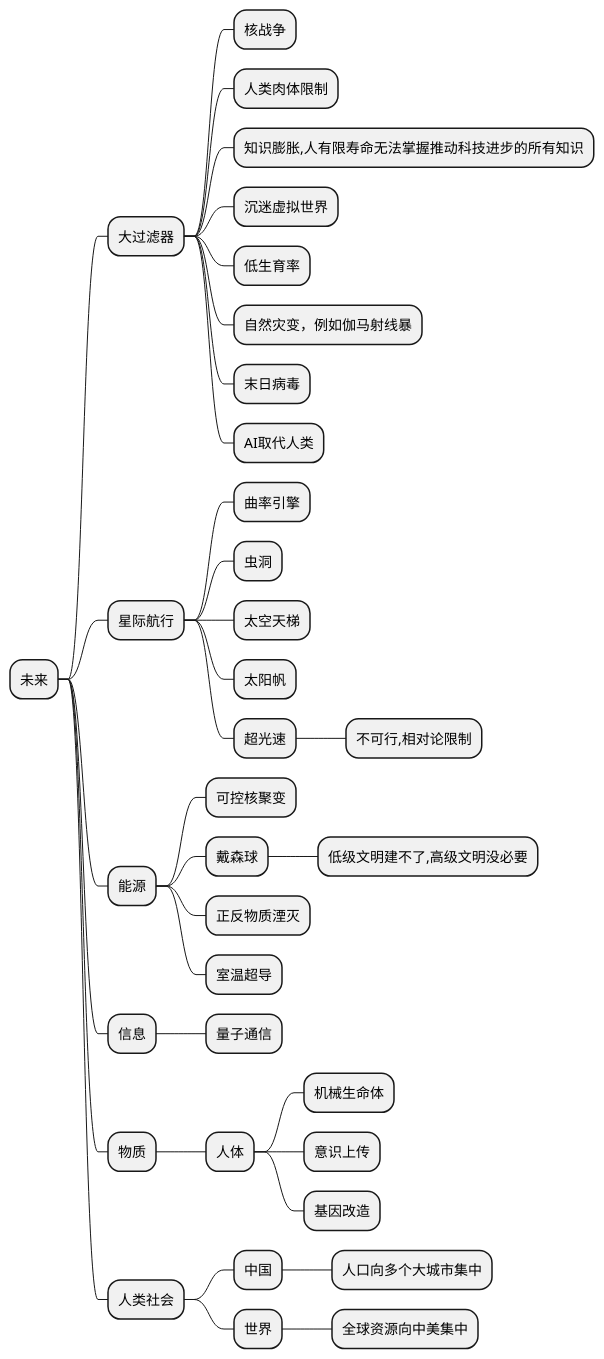
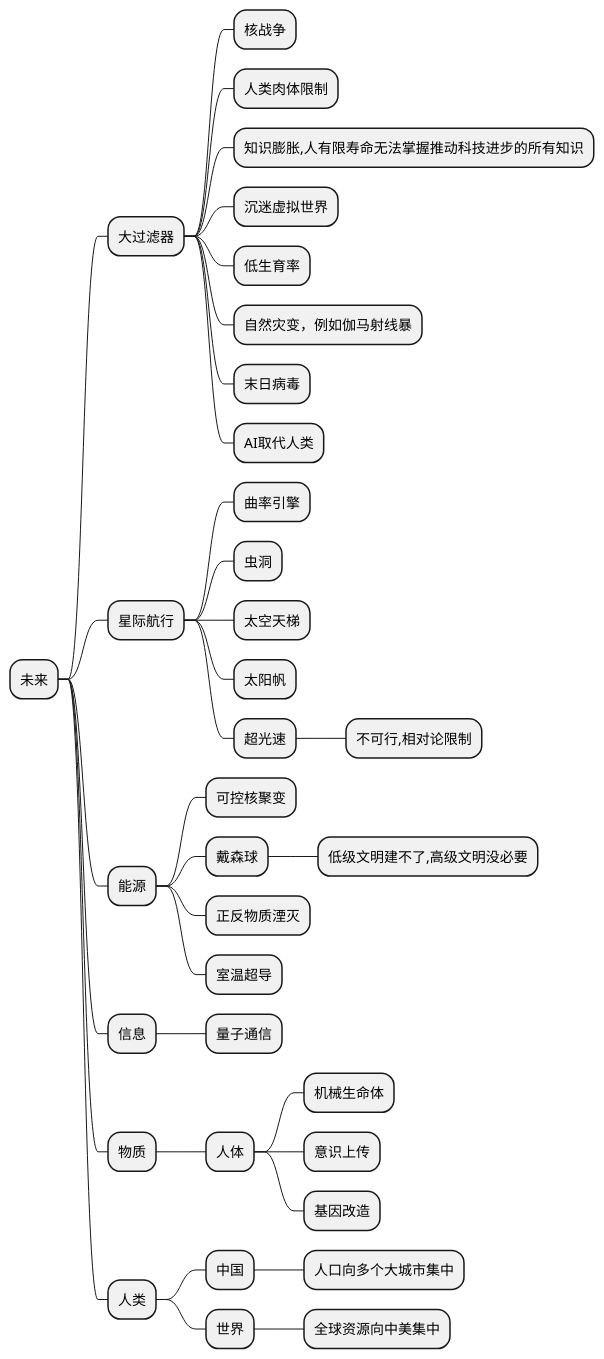
The diagram in 未来.plantuml (Huang2070/alpha-centauri-c), drawn with PlantUML before and after one commit. The commit also changed 6 other files, not shown here.

```diff
--- a/未来.plantuml
+++ b/未来.plantuml
@@ -1,46 +1,46 @@
 @startmindmap 未来
 
 * 未来
 ** 大过滤器
 *** 核战争
 *** 人类肉体限制
 *** 知识膨胀,人有限寿命无法掌握推动科技进步的所有知识
 *** 沉迷虚拟世界
 *** 低生育率
 *** 自然灾变，例如伽马射线暴
 *** 末日病毒
 *** AI取代人类
 
 ** 星际航行
 *** 曲率引擎
 *** 虫洞
 *** 太空天梯
 *** 太阳帆
 *** 超光速
 **** 不可行,相对论限制
 
 ** 能源
 *** 可控核聚变
 *** 戴森球
 **** 低级文明建不了,高级文明没必要
 *** 正反物质湮灭
 *** 室温超导
 
 
 ** 信息
 *** 量子通信
 
 ** 物质
 *** 人体
 **** 机械生命体
 **** 意识上传
 **** 基因改造
 
-** 人类社会
+** 人类
 *** 中国
 **** 人口向多个大城市集中
 *** 世界
 **** 全球资源向中美集中
 
 
 @endmindmap
```
